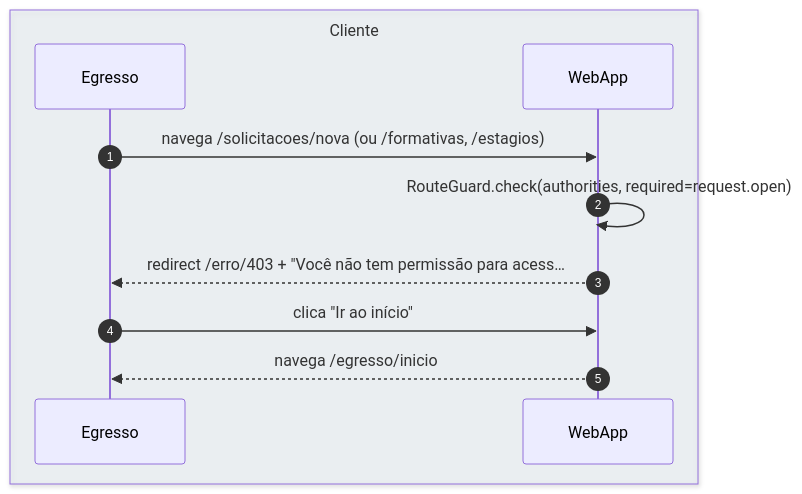
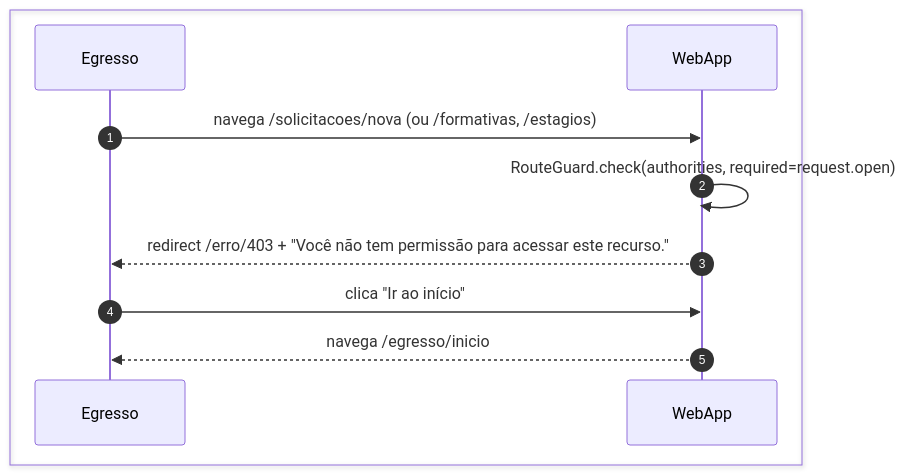
One commit to umishell/secretariaOnline2 changed the fourth of 4 diagrams in foundationDocs/sequenceDiagrams/F2 — Egresso/US-F2-001-DASHBOARD-EGRESSO.md. Above: the diagram before and after it, drawn with Mermaid. The commit also changed other lines of this file and 70 other files, not shown here.

First line of the commit message:
Enhance database documentation and introduce new schema files

````diff
--- a/foundationDocs/sequenceDiagrams/F2 — Egresso/US-F2-001-DASHBOARD-EGRESSO.md
+++ b/foundationDocs/sequenceDiagrams/F2 — Egresso/US-F2-001-DASHBOARD-EGRESSO.md
@@ -179,14 +179,14 @@
 ```mermaid
 sequenceDiagram
   autonumber
-  box rgba(230,245,255,0.3) Cliente
+  box #f4f4f4 Cliente
     participant Egresso
     participant WebApp
   end
 
   Egresso->>WebApp: navega /solicitacoes/nova (ou /formativas, /estagios)
   WebApp->>WebApp: RouteGuard.check(authorities, required=request.open)
-  WebApp-->>Egresso: redirect /erro/403 + "Você não tem permissão para acess…
+  WebApp-->>Egresso: redirect /erro/403 + "Você não tem permissão para acessar este recurso."
   Egresso->>WebApp: clica "Ir ao início"
   WebApp-->>Egresso: navega /egresso/inicio
 ```
````
